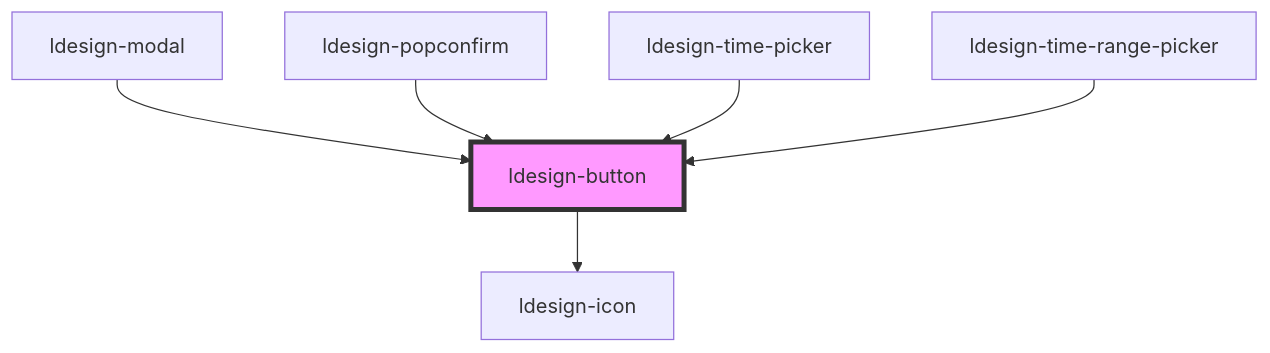
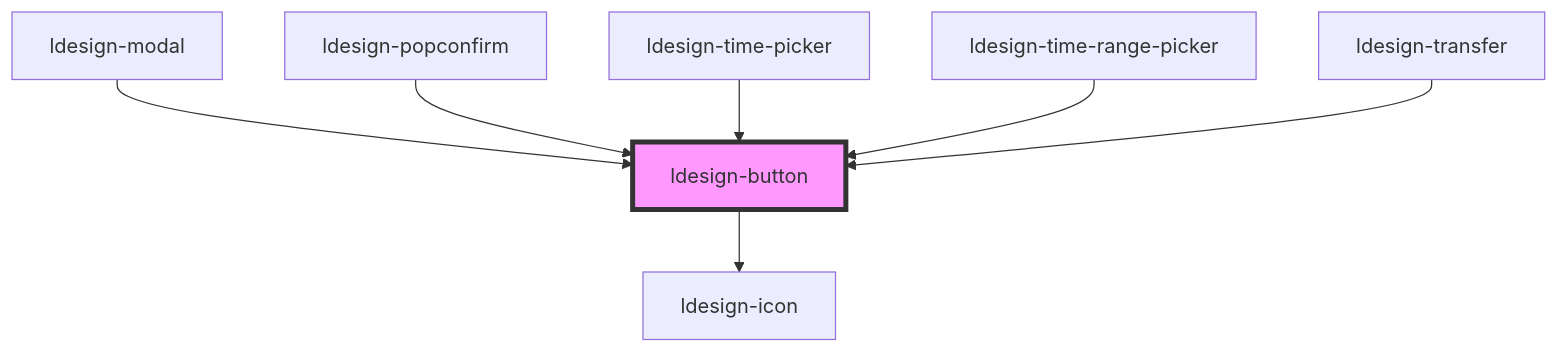
Before and after one commit to poly1603/ldesign: the diagram in packages/webcomponent/src/components/button/readme.md, drawn with Mermaid. The commit also changed other lines of this file and 75 other files, not shown here.

````diff
--- a/packages/webcomponent/src/components/button/readme.md
+++ b/packages/webcomponent/src/components/button/readme.md
@@ -105,9 +106,10 @@
 ```mermaid
 graph TD;
   ldesign-button --> ldesign-icon
   ldesign-modal --> ldesign-button
   ldesign-popconfirm --> ldesign-button
   ldesign-time-picker --> ldesign-button
   ldesign-time-range-picker --> ldesign-button
+  ldesign-transfer --> ldesign-button
   style ldesign-button fill:#f9f,stroke:#333,stroke-width:4px
 ```
````
